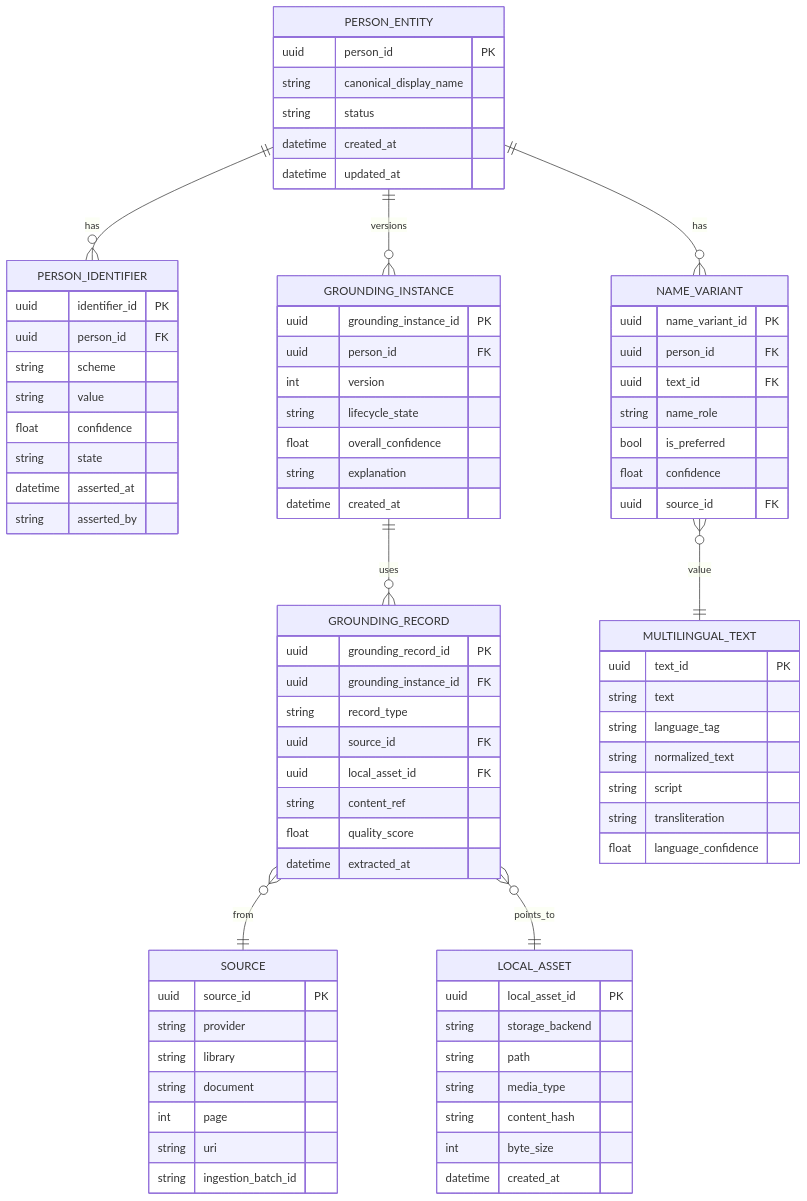
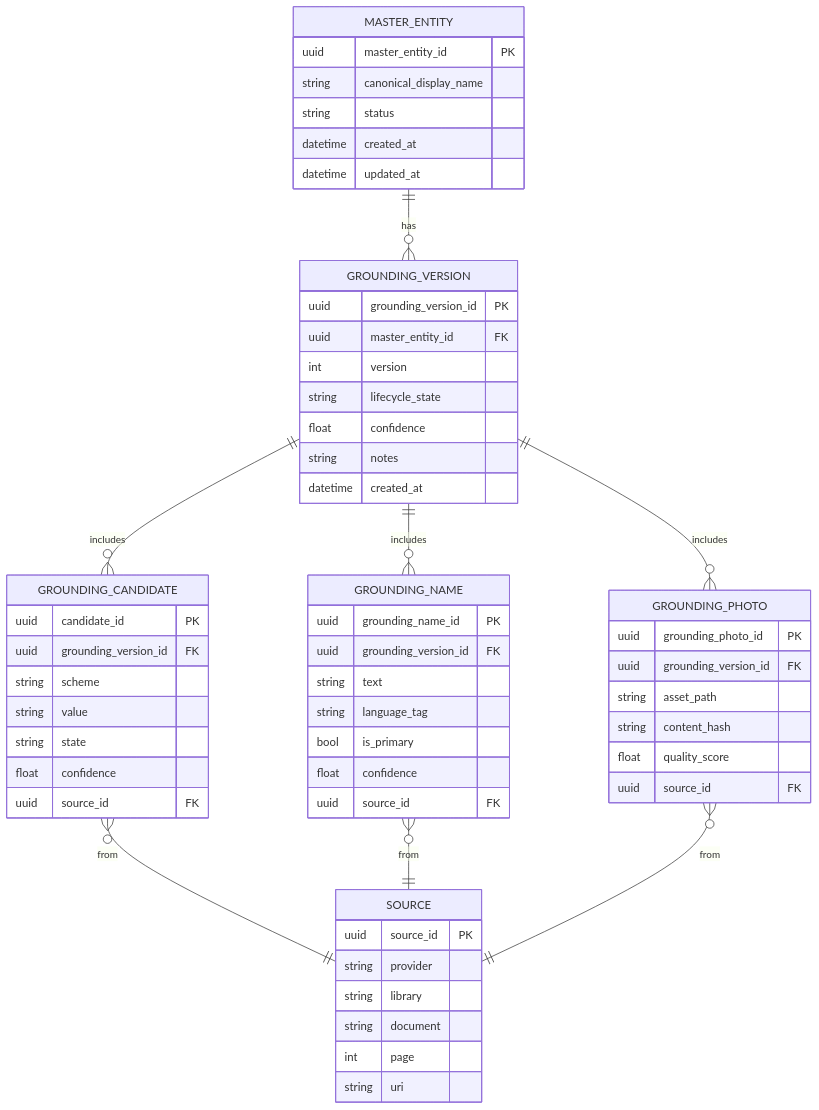
One commit to DCGM/PeopleGatorApp changed the first of 3 diagrams in people-gator-api/docs/02-entity-relations.md. Above: the diagram before and after it, drawn with Mermaid. The commit also changed other lines of this file and 4 other files, not shown here.

````diff
--- a/people-gator-api/docs/02-entity-relations.md
+++ b/people-gator-api/docs/02-entity-relations.md
@@ -4,51 +7,58 @@
 ```mermaid
 erDiagram
-      PERSON_ENTITY ||--o{ PERSON_IDENTIFIER : has
-      PERSON_ENTITY ||--o{ GROUNDING_INSTANCE : versions
-      GROUNDING_INSTANCE ||--o{ GROUNDING_RECORD : uses
-      GROUNDING_RECORD }o--|| SOURCE : from
-      GROUNDING_RECORD }o--|| LOCAL_ASSET : points_to
-      PERSON_ENTITY ||--o{ NAME_VARIANT : has
-      NAME_VARIANT }o--|| MULTILINGUAL_TEXT : value
+      MASTER_ENTITY ||--o{ GROUNDING_VERSION : has
+      GROUNDING_VERSION ||--o{ GROUNDING_CANDIDATE : includes
+      GROUNDING_VERSION ||--o{ GROUNDING_NAME : includes
+      GROUNDING_VERSION ||--o{ GROUNDING_PHOTO : includes
+      GROUNDING_CANDIDATE }o--|| SOURCE : from
+      GROUNDING_NAME }o--|| SOURCE : from
+      GROUNDING_PHOTO }o--|| SOURCE : from
 
-      PERSON_ENTITY {
-         uuid person_id PK
+      MASTER_ENTITY {
+         uuid master_entity_id PK
          string canonical_display_name
          string status
          datetime created_at
          datetime updated_at
       }
 
-      PERSON_IDENTIFIER {
-         uuid identifier_id PK
-         uuid person_id FK
-         string scheme
-         string value
-         float confidence
-         string state
-         datetime asserted_at
-         string asserted_by
-      }
-
-      GROUNDING_INSTANCE {
-         uuid grounding_instance_id PK
-         uuid person_id FK
+      GROUNDING_VERSION {
+         uuid grounding_version_id PK
+         uuid master_entity_id FK
          int version
          string lifecycle_state
-         float overall_confidence
-         string explanation
+         float confidence
+         string notes
          datetime created_at
       }
 
-      GROUNDING_RECORD {
-         uuid grounding_record_id PK
-         uuid grounding_instance_id FK
-         string record_type
+      GROUNDING_CANDIDATE {
+         uuid candidate_id PK
+         uuid grounding_version_id FK
+         string scheme
+         string value
+         string state
+         float confidence
          uuid source_id FK
-         uuid local_asset_id FK
-         string content_ref
+      }
+
+      GROUNDING_NAME {
+         uuid grounding_name_id PK
+         uuid grounding_version_id FK
+         string text
+         string language_tag
+         bool is_primary
+         float confidence
+         uuid source_id FK
+      }
+
+      GROUNDING_PHOTO {
+         uuid grounding_photo_id PK
+         uuid grounding_version_id FK
+         string asset_path
+         string content_hash
          float quality_score
-         datetime extracted_at
+         uuid source_id FK
       }
 
       SOURCE {
@@ -58,36 +68,5 @@
          string document
          int page
          string uri
-         string ingestion_batch_id
-      }
-
-      LOCAL_ASSET {
-         uuid local_asset_id PK
-         string storage_backend
-         string path
-         string media_type
-         string content_hash
-         int byte_size
-         datetime created_at
-      }
-
-      MULTILINGUAL_TEXT {
-         uuid text_id PK
-         string text
-         string language_tag
-         string normalized_text
-         string script
-         string transliteration
-         float language_confidence
-      }
-
-      NAME_VARIANT {
-         uuid name_variant_id PK
-         uuid person_id FK
-         uuid text_id FK
-         string name_role
-         bool is_preferred
-         float confidence
-         uuid source_id FK
       }
 ```
````
